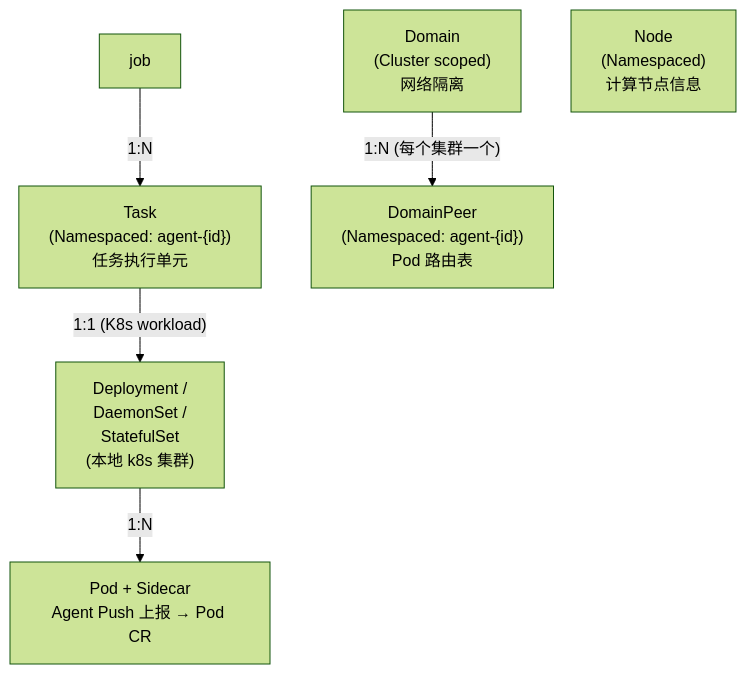
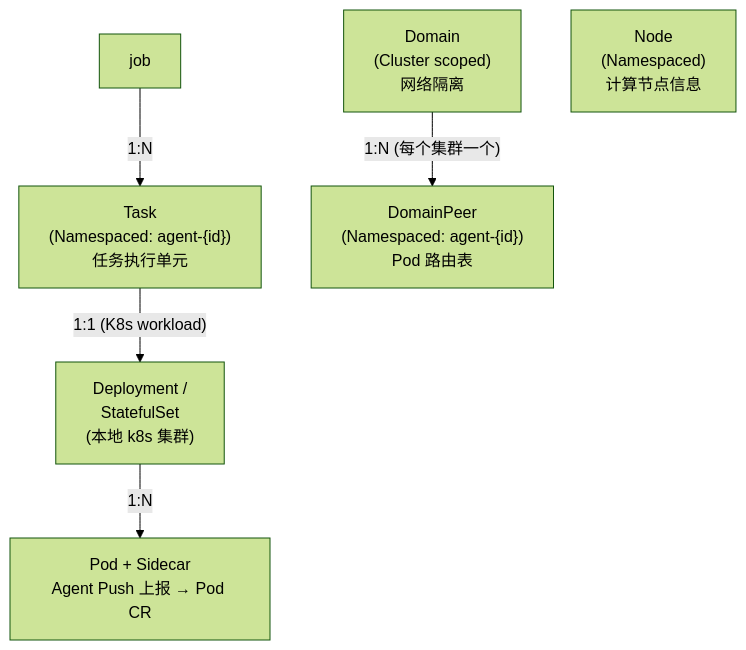
The second of 2 diagrams in apps/rlark/docs/zh/concepts.md (RLinf/RLark), drawn with Mermaid (forest theme) before and after one commit. The commit also changed other lines of this file and 177 other files, not shown here.

````diff
--- a/apps/rlark/docs/zh/concepts.md
+++ b/apps/rlark/docs/zh/concepts.md
@@ -407,8 +407,8 @@
 ```mermaid
 graph TD
     job -->|"1:N"| task["Task<br/>(Namespaced: agent-{id})<br/>任务执行单元"]
-    task -->|"1:1 (K8s workload)"| workload["Deployment /<br/>DaemonSet /<br/>StatefulSet<br/>(本地 k8s 集群)"]
+    task -->|"1:1 (K8s workload)"| workload["Deployment /<br/>StatefulSet<br/>(本地 k8s 集群)"]
     workload -->|"1:N"| pod["Pod + Sidecar<br/>Agent Push 上报 → Pod CR"]
     domain["Domain<br/>(Cluster scoped)<br/>网络隔离"] -->|"1:N (每个集群一个)"| dp["DomainPeer<br/>(Namespaced: agent-{id})<br/>Pod 路由表"]
     node["Node<br/>(Namespaced)<br/>计算节点信息"]
 ```
````
